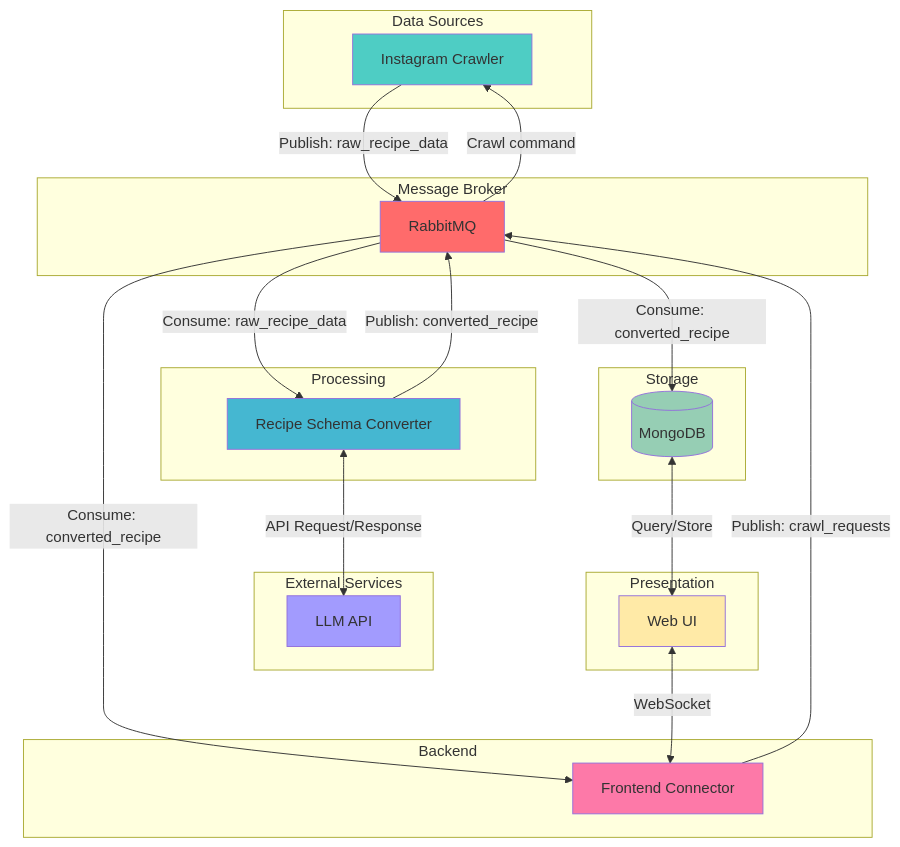
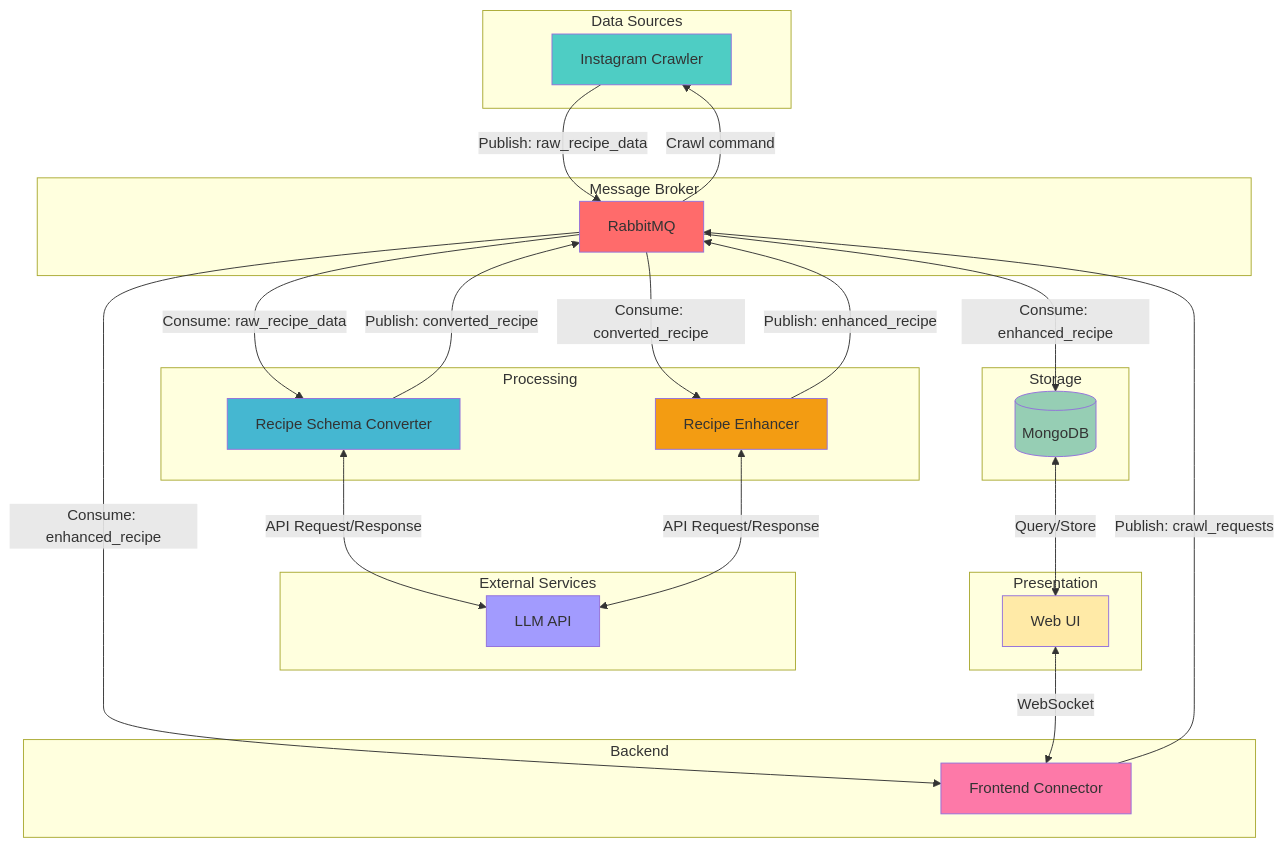
One commit to froehrle/recify changed the diagram in README.md. Above: the diagram before and after it, drawn with Mermaid. The commit also changed other lines of this file, not shown here.

Commit message:
Add recipe enhancer details

````diff
--- a/README.md
+++ b/README.md
@@ -9,49 +9,54 @@
 ```mermaid
 graph TB
     subgraph "Data Sources"
         IG[Instagram Crawler]
     end
 
     subgraph "Message Broker"
         RMQ[RabbitMQ]
     end
 
     subgraph "Processing"
         RSC[Recipe Schema Converter]
+        RE[Recipe Enhancer]
     end
 
     subgraph "External Services"
         LLM[LLM API]
     end
 
     subgraph "Storage"
         DB[(MongoDB)]
     end
 
     subgraph "Backend"
         FC[Frontend Connector]
     end
 
     subgraph "Presentation"
         UI[Web UI]
     end
 
     IG -->|Publish: raw_recipe_data| RMQ
     RMQ -->|Consume: raw_recipe_data| RSC
     RSC <-->|API Request/Response| LLM
     RSC -->|Publish: converted_recipe| RMQ
-    RMQ -->|Consume: converted_recipe| DB
-    RMQ -->|Consume: converted_recipe| FC
+    RMQ -->|Consume: converted_recipe| RE
+    RE <-->|API Request/Response| LLM
+    RE -->|Publish: enhanced_recipe| RMQ
+    RMQ -->|Consume: enhanced_recipe| DB
+    RMQ -->|Consume: enhanced_recipe| FC
     DB <-->|Query/Store| UI
     UI <-->|WebSocket| FC
     FC -->|Publish: crawl_requests| RMQ
     RMQ -->|Crawl command| IG
 
     style RMQ fill:#ff6b6b
     style IG fill:#4ecdc4
     style RSC fill:#45b7d1
+    style RE fill:#f39c12
     style LLM fill:#a29bfe
     style DB fill:#96ceb4
     style FC fill:#fd79a8
     style UI fill:#ffeaa7
 ```
````
